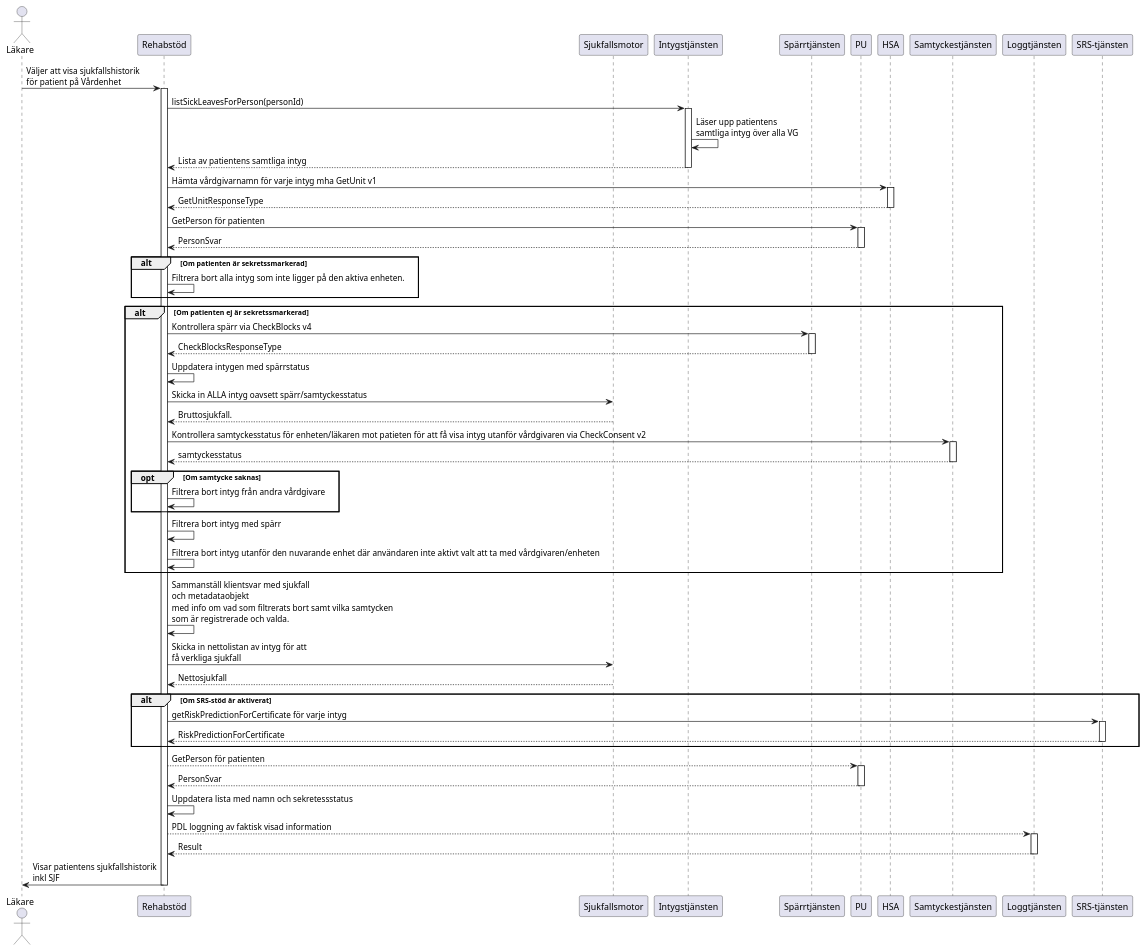
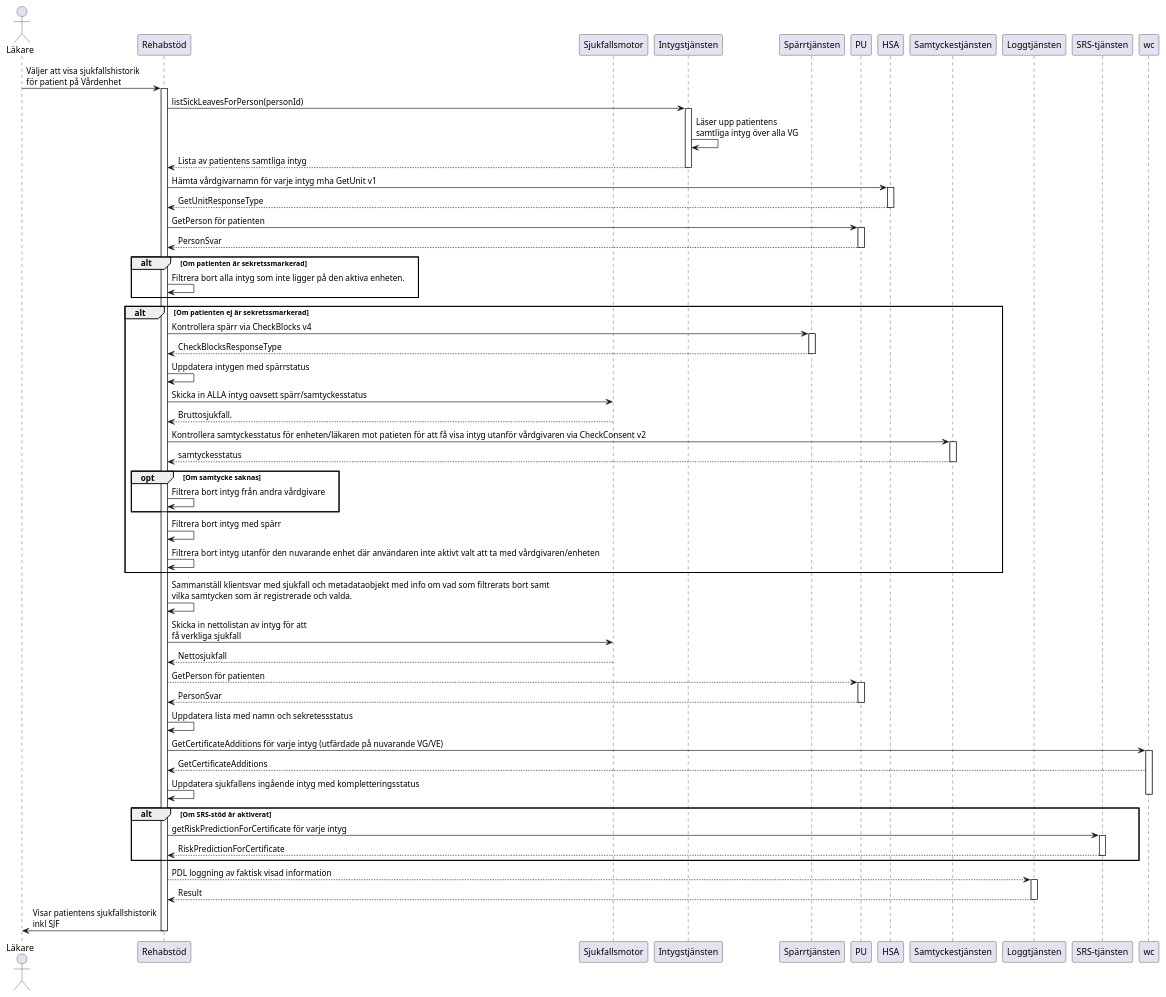
The diagram in docs/plantuml/visa-sjukfallhistorik-sjf.puml (sklintyg/rehabstod), drawn with PlantUML before and after one commit. The commit also changed 6 other files, not shown here.

Commit message:
INTYGFV-11769: Uppdaterat plantuml diagram som används i SAD

```diff
--- a/docs/plantuml/visa-sjukfallhistorik-sjf.puml
+++ b/docs/plantuml/visa-sjukfallhistorik-sjf.puml
@@ -1,84 +1,89 @@
 @startuml
 actor Läkare
 participant rhs as "Rehabstöd"
 participant sfm as "Sjukfallsmotor"
 participant it as "Intygstjänsten"
 participant st as "Spärrtjänsten"
 participant pu as "PU"
 participant hsa as "HSA"
 participant samtycke as "Samtyckestjänsten"
 participant logg as "Loggtjänsten"
 participant srs as "SRS-tjänsten"
 
 Läkare -> rhs: Väljer att visa sjukfallshistorik\nför patient på Vårdenhet
 activate rhs
     rhs -> it: listSickLeavesForPerson(personId)
     activate it
     it -> it: Läser upp patientens\nsamtliga intyg över alla VG
     it --> rhs: Lista av patientens samtliga intyg
     deactivate it
 
     rhs -> hsa: Hämta vårdgivarnamn för varje intyg mha GetUnit v1
     activate hsa
     hsa --> rhs: GetUnitResponseType
     deactivate hsa
 
     rhs -> pu: GetPerson för patienten
     activate pu
     pu --> rhs: PersonSvar
     deactivate pu
 
     alt Om patienten är sekretssmarkerad
         rhs -> rhs: Filtrera bort alla intyg som inte ligger på den aktiva enheten.
     end
 
     alt Om patienten ej är sekretssmarkerad
         rhs -> st: Kontrollera spärr via CheckBlocks v4
         activate st
         st --> rhs: CheckBlocksResponseType
         deactivate st
         rhs -> rhs: Uppdatera intygen med spärrstatus
 
         rhs -> sfm: Skicka in ALLA intyg oavsett spärr/samtyckesstatus
         sfm --> rhs: Bruttosjukfall.
 
         rhs -> samtycke: Kontrollera samtyckesstatus för enheten/läkaren mot patieten för att få visa intyg utanför vårdgivaren via CheckConsent v2
         activate samtycke
         samtycke --> rhs: samtyckesstatus
         deactivate samtycke
 
         opt Om samtycke saknas
             rhs -> rhs: Filtrera bort intyg från andra vårdgivare
         end
 
         rhs -> rhs: Filtrera bort intyg med spärr
         rhs -> rhs: Filtrera bort intyg utanför den nuvarande enhet där användaren inte aktivt valt att ta med vårdgivaren/enheten
     end
 
-    rhs -> rhs: Sammanställ klientsvar med sjukfall\noch metadataobjekt\nmed info om vad som filtrerats bort samt vilka samtycken\nsom är registrerade och valda.
+    rhs -> rhs: Sammanställ klientsvar med sjukfall och metadataobjekt med info om vad som filtrerats bort samt\nvilka samtycken som är registrerade och valda.
 
     rhs -> sfm: Skicka in nettolistan av intyg för att\nfå verkliga sjukfall
     sfm --> rhs: Nettosjukfall
+
+     rhs --> pu: GetPerson för patienten
+    activate pu
+      pu --> rhs: PersonSvar
+     deactivate pu
+     rhs -> rhs: Uppdatera lista med namn och sekretessstatus
+
+    rhs -> wc: GetCertificateAdditions för varje intyg (utfärdade på nuvarande VG/VE)
+     activate wc
+    wc --> rhs: GetCertificateAdditions
+    rhs -> rhs: Uppdatera sjukfallens ingående intyg med kompletteringsstatus
+    deactivate wc
 
      alt Om SRS-stöd är aktiverat
         rhs -> srs: getRiskPredictionForCertificate för varje intyg
          activate srs
         srs --> rhs: RiskPredictionForCertificate
          deactivate srs
      end
-
-
-      rhs --> pu: GetPerson för patienten
-    activate pu
-      pu --> rhs: PersonSvar
-     deactivate pu
-     rhs -> rhs: Uppdatera lista med namn och sekretessstatus
 
      rhs --> logg: PDL loggning av faktisk visad information
     activate logg
       logg --> rhs: Result
      deactivate logg
 
     rhs -> Läkare: Visar patientens sjukfallshistorik\ninkl SJF
 deactivate rhs
 @enduml
```
